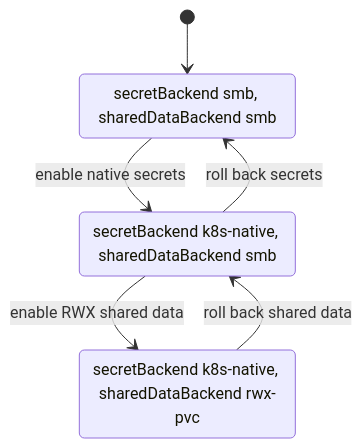
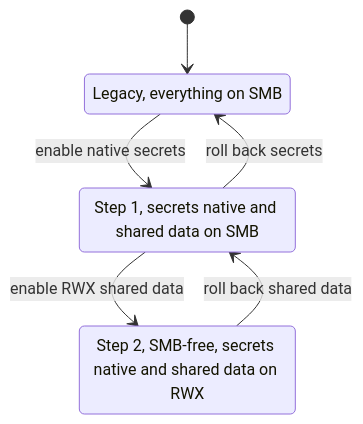
One commit to ViktorWelbers/nvcf changed the second of 4 diagrams in docs/dev/sdd-shared-storage-v2-secrets.md. Above: the diagram before and after it, drawn with Mermaid. The commit also changed other lines of this file, not shown here.

First line of the commit message:
docs(dev): make the Shared Storage V2 move easier to follow

````diff
--- a/docs/dev/sdd-shared-storage-v2-secrets.md
+++ b/docs/dev/sdd-shared-storage-v2-secrets.md
@@ -49,11 +68,11 @@
 ```mermaid
 stateDiagram-v2
-  [*] --> LegacySMB
-  LegacySMB: secretBackend smb, sharedDataBackend smb
-  NativeSecrets: secretBackend k8s-native, sharedDataBackend smb
-  SMBFree: secretBackend k8s-native, sharedDataBackend rwx-pvc
-  LegacySMB --> NativeSecrets: enable native secrets
-  NativeSecrets --> SMBFree: enable RWX shared data
-  SMBFree --> NativeSecrets: roll back shared data
-  NativeSecrets --> LegacySMB: roll back secrets
+  [*] --> Legacy
+  Legacy: Legacy, everything on SMB
+  Step1: Step 1, secrets native and shared data on SMB
+  Step2: Step 2, SMB-free, secrets native and shared data on RWX
+  Legacy --> Step1: enable native secrets
+  Step1 --> Step2: enable RWX shared data
+  Step2 --> Step1: roll back shared data
+  Step1 --> Legacy: roll back secrets
 ```
````
